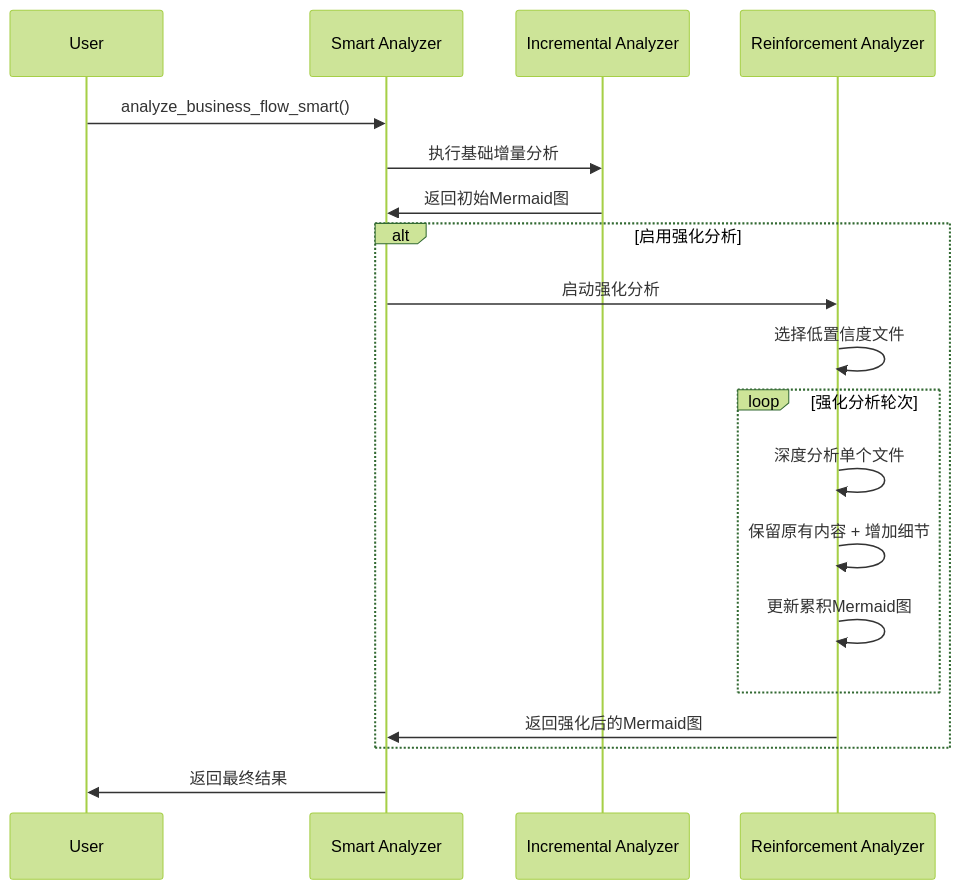
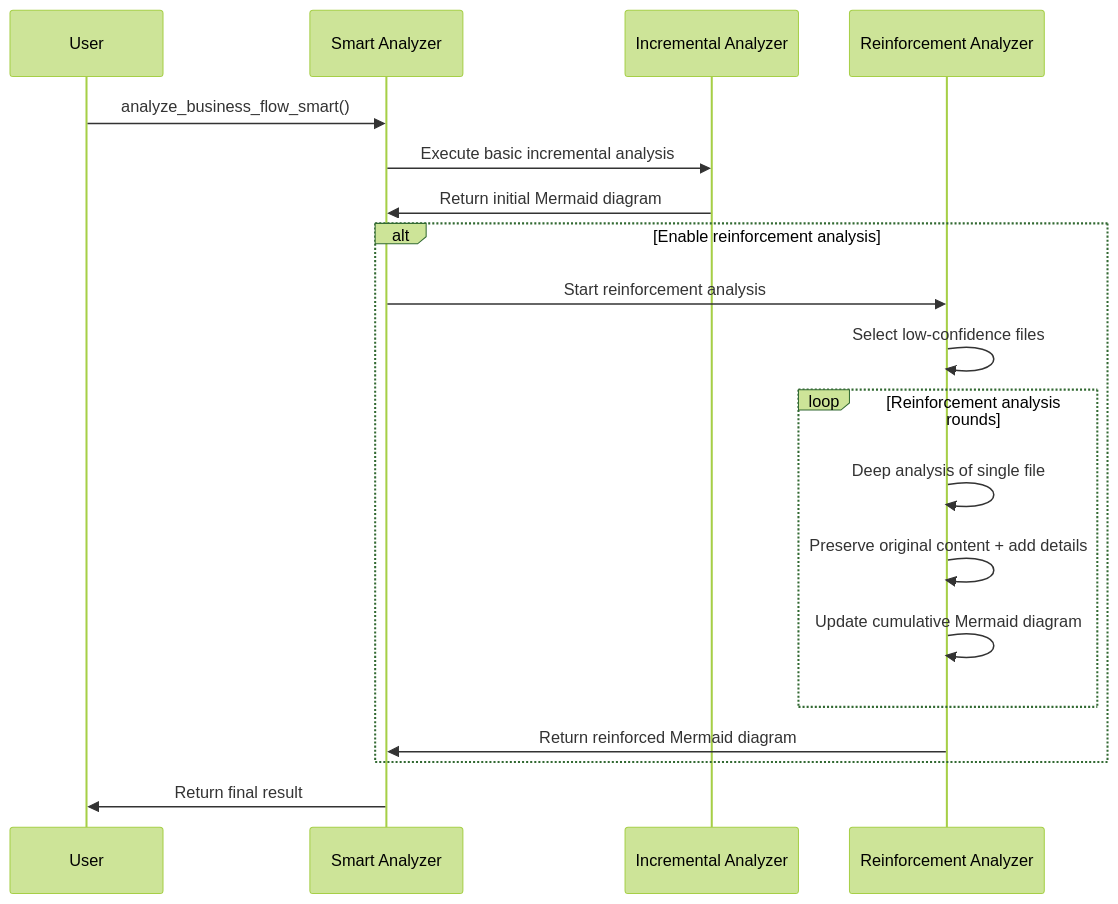
Before and after one commit to zorrosword/finite-monkey-engine: the second of 4 diagrams in src/code_summarizer/README.md, drawn with Mermaid (forest theme). The commit also changed other lines of this file and 12 other files, not shown here.

````diff
--- a/src/code_summarizer/README.md
+++ b/src/code_summarizer/README.md
@@ -180,24 +180,24 @@
 ```mermaid
 sequenceDiagram
     participant UA as User
     participant SA as Smart Analyzer
     participant IA as Incremental Analyzer  
     participant RA as Reinforcement Analyzer
     
     UA->>SA: analyze_business_flow_smart()
-    SA->>IA: 执行基础增量分析
-    IA->>SA: 返回初始Mermaid图
+    SA->>IA: Execute basic incremental analysis
+    IA->>SA: Return initial Mermaid diagram
     
-    alt 启用强化分析
-        SA->>RA: 启动强化分析
-        RA->>RA: 选择低置信度文件
-        loop 强化分析轮次
-            RA->>RA: 深度分析单个文件
-            RA->>RA: 保留原有内容 + 增加细节
-            RA->>RA: 更新累积Mermaid图
+    alt Enable reinforcement analysis
+        SA->>RA: Start reinforcement analysis
+        RA->>RA: Select low-confidence files
+        loop Reinforcement analysis rounds
+            RA->>RA: Deep analysis of single file
+            RA->>RA: Preserve original content + add details
+            RA->>RA: Update cumulative Mermaid diagram
         end
-        RA->>SA: 返回强化后的Mermaid图
+        RA->>SA: Return reinforced Mermaid diagram
     end
     
-    SA->>UA: 返回最终结果
+    SA->>UA: Return final result
 ```
````
